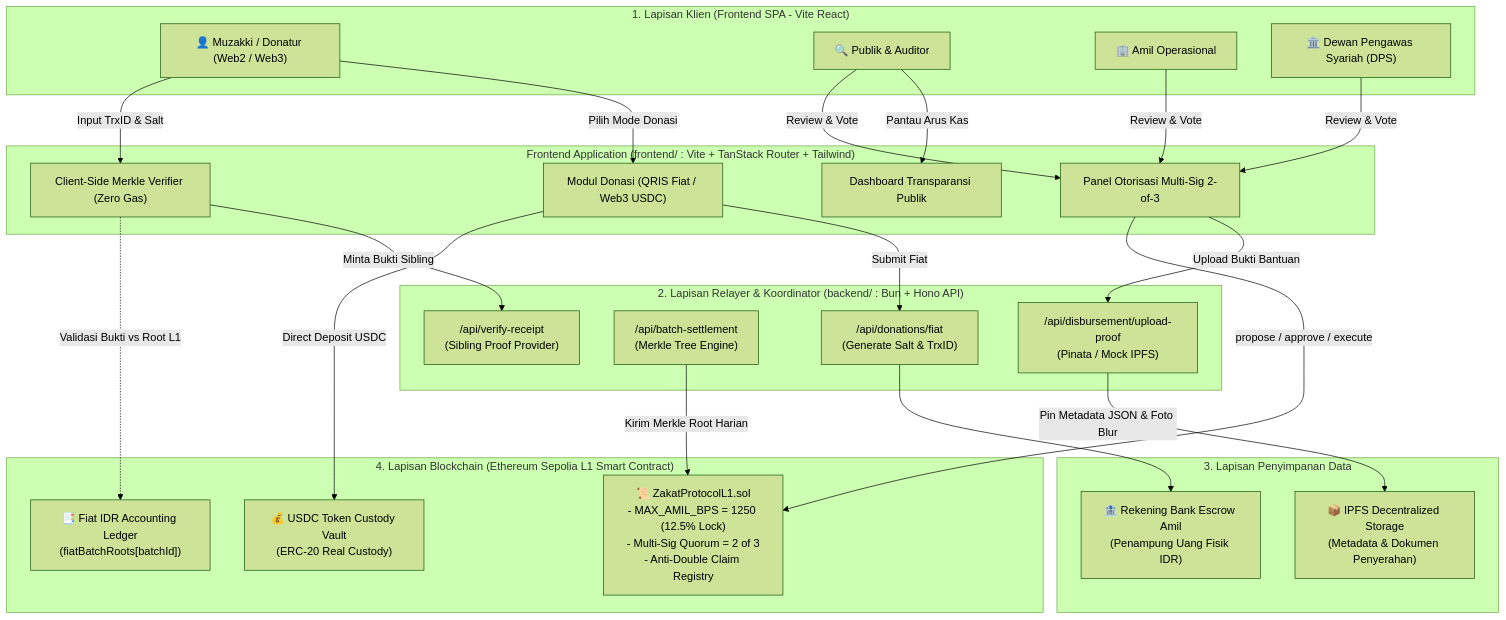
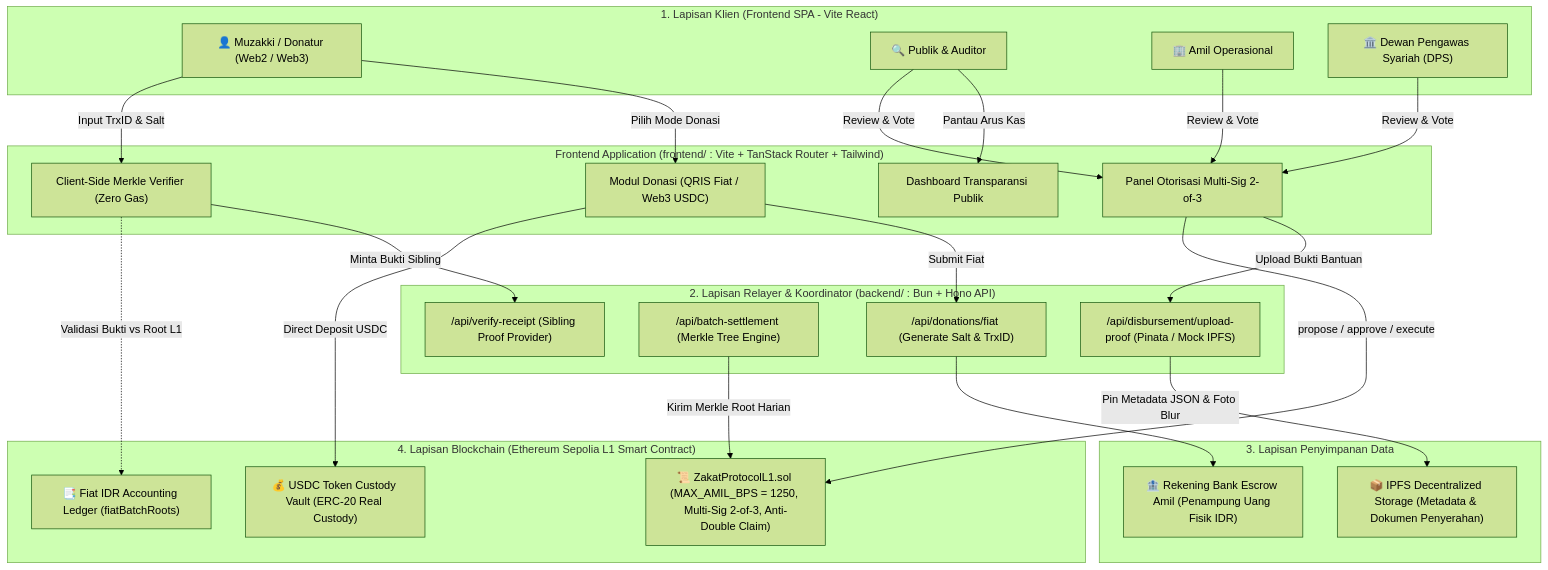
Before and after one commit to tawf-labs/tawf-zakat: the first of 6 diagrams in FLOWCHART.md, drawn with Mermaid (forest theme). The commit also changed other lines of this file, not shown here.

Commit message:
fix(docs): resolve Mermaid syntax errors in FLOWCHART.md

````diff
--- a/FLOWCHART.md
+++ b/FLOWCHART.md
@@ -11,55 +11,55 @@
 ```mermaid
 flowchart TB
     subgraph Clients ["1. Lapisan Klien (Frontend SPA - Vite React)"]
         Muzakki["👤 Muzakki / Donatur (Web2 / Web3)"]
         PublicAuditor["🔍 Publik & Auditor"]
         AmilOfficer["🏢 Amil Operasional"]
         DPS["🏛️ Dewan Pengawas Syariah (DPS)"]
     end
 
     subgraph FrontendApp ["Frontend Application (frontend/ : Vite + TanStack Router + Tailwind)"]
         DonationUI["Modul Donasi (QRIS Fiat / Web3 USDC)"]
         VerifierUI["Client-Side Merkle Verifier (Zero Gas)"]
         DashboardUI["Dashboard Transparansi Publik"]
         GovernanceUI["Panel Otorisasi Multi-Sig 2-of-3"]
     end
 
     subgraph BackendRelayer ["2. Lapisan Relayer & Koordinator (backend/ : Bun + Hono API)"]
-        DonationAPI["/api/donations/fiat\n(Generate Salt & TrxID)"]
-        MerkleEngine["/api/batch-settlement\n(Merkle Tree Engine)"]
-        ProofAPI["/api/verify-receipt\n(Sibling Proof Provider)"]
-        IPFSService["/api/disbursement/upload-proof\n(Pinata / Mock IPFS)"]
+        DonationAPI["/api/donations/fiat (Generate Salt & TrxID)"]
+        MerkleEngine["/api/batch-settlement (Merkle Tree Engine)"]
+        ProofAPI["/api/verify-receipt (Sibling Proof Provider)"]
+        IPFSService["/api/disbursement/upload-proof (Pinata / Mock IPFS)"]
     end
 
     subgraph StorageLayer ["3. Lapisan Penyimpanan Data"]
-        IPFS["📦 IPFS Decentralized Storage\n(Metadata & Dokumen Penyerahan)"]
-        BankEscrow["🏦 Rekening Bank Escrow Amil\n(Penampung Uang Fisik IDR)"]
+        IPFS["📦 IPFS Decentralized Storage (Metadata & Dokumen Penyerahan)"]
+        BankEscrow["🏦 Rekening Bank Escrow Amil (Penampung Uang Fisik IDR)"]
     end
 
     subgraph BlockchainLayer ["4. Lapisan Blockchain (Ethereum Sepolia L1 Smart Contract)"]
-        ZakatContract["📜 ZakatProtocolL1.sol\n- MAX_AMIL_BPS = 1250 (12.5% Lock)\n- Multi-Sig Quorum = 2 of 3\n- Anti-Double Claim Registry"]
-        USDCVault["💰 USDC Token Custody Vault\n(ERC-20 Real Custody)"]
-        FiatLedger["📑 Fiat IDR Accounting Ledger\n(fiatBatchRoots[batchId])"]
+        ZakatContract["📜 ZakatProtocolL1.sol (MAX_AMIL_BPS = 1250, Multi-Sig 2-of-3, Anti-Double Claim)"]
+        USDCVault["💰 USDC Token Custody Vault (ERC-20 Real Custody)"]
+        FiatLedger["📑 Fiat IDR Accounting Ledger (fiatBatchRoots)"]
     end
 
     %% Client to Frontend
     Muzakki -->|Pilih Mode Donasi| DonationUI
     Muzakki -->|Input TrxID & Salt| VerifierUI
     PublicAuditor -->|Pantau Arus Kas| DashboardUI
     AmilOfficer & DPS & PublicAuditor -->|Review & Vote| GovernanceUI
 
     %% Frontend to Backend
     DonationUI -->|Submit Fiat| DonationAPI
     VerifierUI -->|Minta Bukti Sibling| ProofAPI
     GovernanceUI -->|Upload Bukti Bantuan| IPFSService
 
     %% Backend to Storage & Chain
     DonationAPI --> BankEscrow
     IPFSService -->|Pin Metadata JSON & Foto Blur| IPFS
     MerkleEngine -->|Kirim Merkle Root Harian| ZakatContract
 
     %% Frontend to Chain
     DonationUI -->|Direct Deposit USDC| USDCVault
     VerifierUI -.->|Validasi Bukti vs Root L1| FiatLedger
     GovernanceUI -->|propose / approve / execute| ZakatContract
 ```
````
